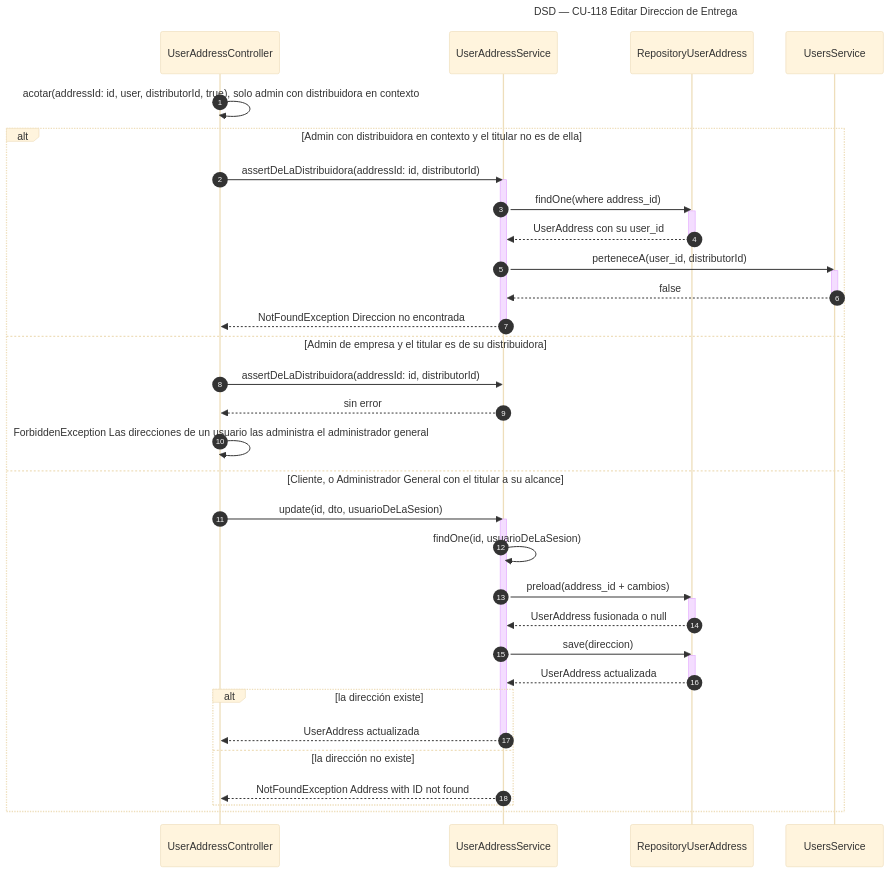
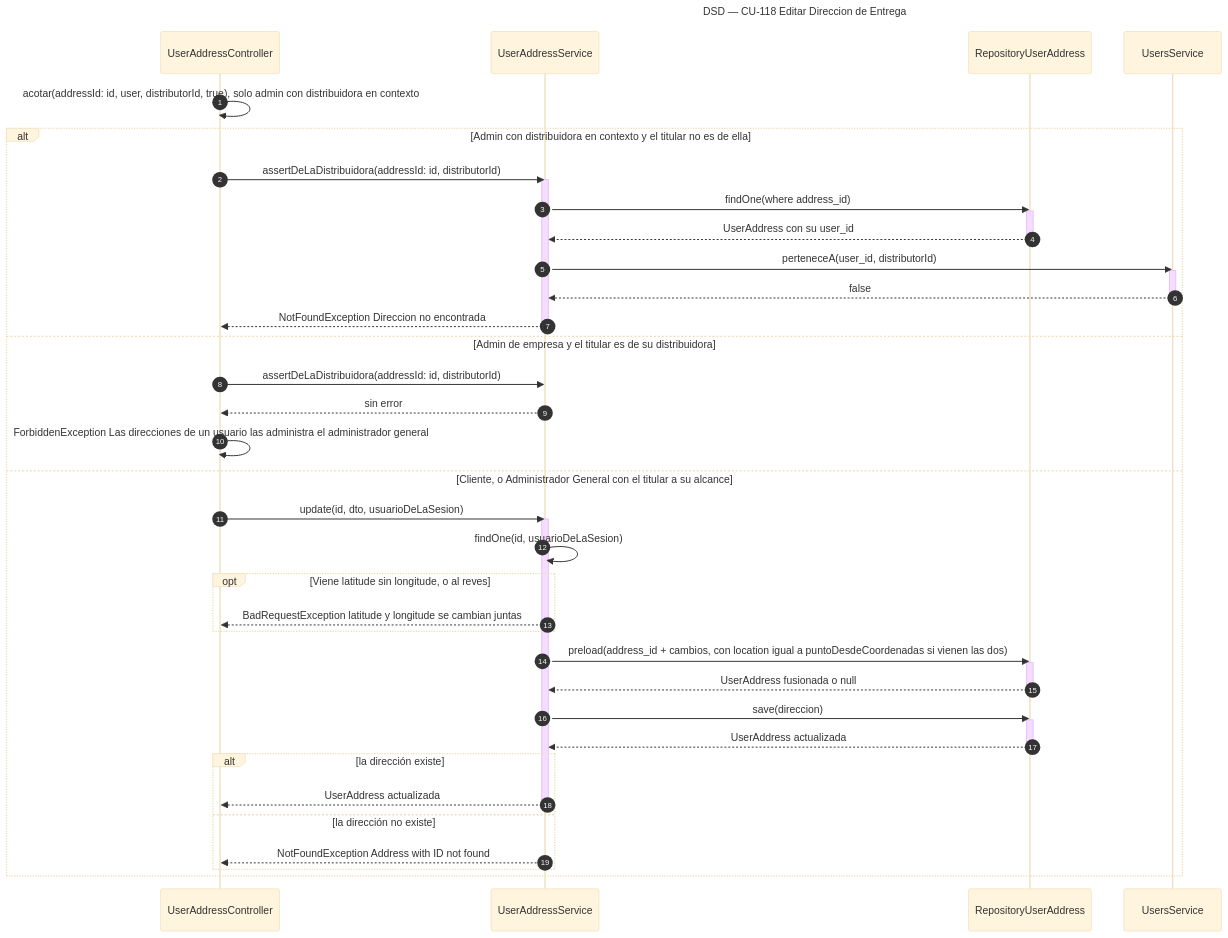
Before and after one commit to Nahuelito-Dev/splg-docs: the diagram in diagramas/DSD_CU-118_Editar-Direccion-de-Entrega.mmd, drawn with Mermaid (base theme). The commit also changed 53 other files, not shown here.

```diff
--- a/diagramas/DSD_CU-118_Editar-Direccion-de-Entrega.mmd
+++ b/diagramas/DSD_CU-118_Editar-Direccion-de-Entrega.mmd
@@ -1,45 +1,48 @@
 sequenceDiagram
     title DSD — CU-118 Editar Direccion de Entrega
     autonumber
     participant CTRL as UserAddressController
     participant SRV as UserAddressService
     participant AREP as RepositoryUserAddress
     participant USRV as UsersService
 
     CTRL->>CTRL: acotar(addressId: id, user, distributorId, true), solo admin con distribuidora en contexto
     alt Admin con distribuidora en contexto y el titular no es de ella
         CTRL->>SRV: assertDeLaDistribuidora(addressId: id, distributorId)
         activate SRV
         SRV->>AREP: findOne(where address_id)
         activate AREP
         AREP-->>SRV: UserAddress con su user_id
         deactivate AREP
         SRV->>USRV: perteneceA(user_id, distributorId)
         activate USRV
         USRV-->>SRV: false
         deactivate USRV
         SRV-->>CTRL: NotFoundException Direccion no encontrada
         deactivate SRV
     else Admin de empresa y el titular es de su distribuidora
         CTRL->>SRV: assertDeLaDistribuidora(addressId: id, distributorId)
         SRV-->>CTRL: sin error
         CTRL->>CTRL: ForbiddenException Las direcciones de un usuario las administra el administrador general
     else Cliente, o Administrador General con el titular a su alcance
         CTRL->>SRV: update(id, dto, usuarioDeLaSesion)
         activate SRV
         SRV->>SRV: findOne(id, usuarioDeLaSesion)
-        SRV->>AREP: preload(address_id + cambios)
+        opt Viene latitude sin longitude, o al reves
+            SRV-->>CTRL: BadRequestException latitude y longitude se cambian juntas
+        end
+        SRV->>AREP: preload(address_id + cambios, con location igual a puntoDesdeCoordenadas si vienen las dos)
         activate AREP
         AREP-->>SRV: UserAddress fusionada o null
         deactivate AREP
         SRV->>AREP: save(direccion)
         activate AREP
         AREP-->>SRV: UserAddress actualizada
         deactivate AREP
         alt la dirección existe
             SRV-->>CTRL: UserAddress actualizada
             deactivate SRV
         else la dirección no existe
             SRV-->>CTRL: NotFoundException Address with ID not found
         end
     end
```
